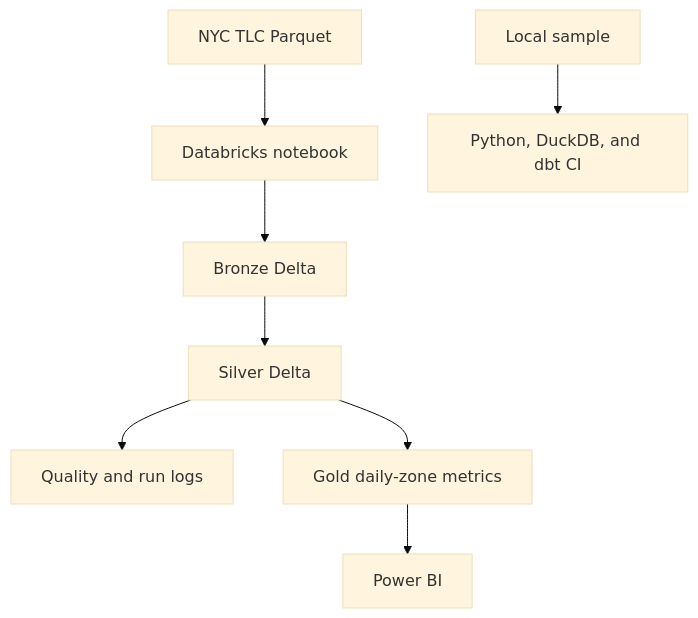
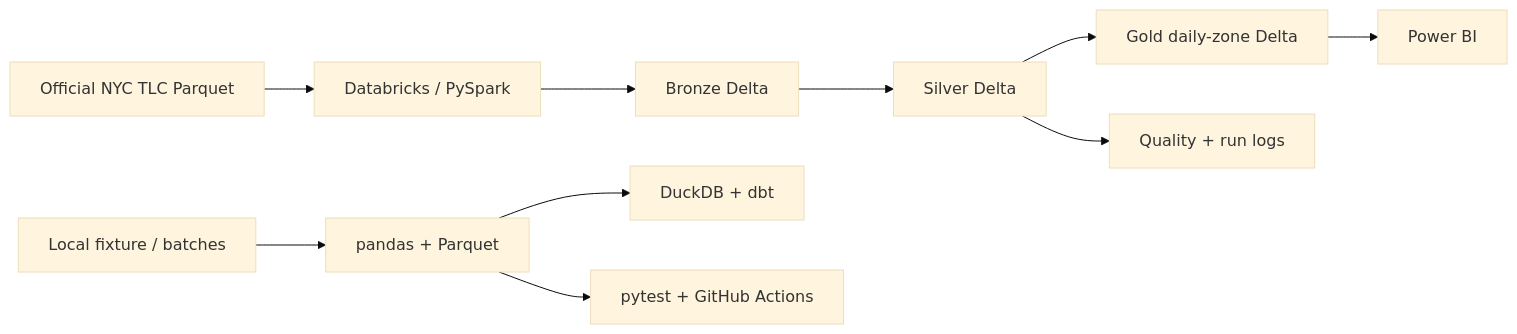
One commit to RishiRatnakarData/urban-mobility-analytics-engineering changed the diagram in README.md. Above: the diagram before and after it, drawn with Mermaid (base theme). The commit also changed other lines of this file and 9 other files, not shown here.

````diff
--- a/README.md
+++ b/README.md
@@ -32,10 +61,12 @@
 ```mermaid
-flowchart TD
-    A[NYC TLC Parquet] --> B[Databricks notebook]
+flowchart LR
+    A[Official NYC TLC Parquet] --> B[Databricks / PySpark]
     B --> C[Bronze Delta]
     C --> D[Silver Delta]
-    D --> E[Quality and run logs]
-    D --> F[Gold daily-zone metrics]
-    F --> G[Power BI]
-    H[Local sample] --> I[Python, DuckDB, and dbt CI]
+    D --> E[Gold daily-zone Delta]
+    E --> F[Power BI]
+    D --> G[Quality + run logs]
+    H[Local fixture / batches] --> I[pandas + Parquet]
+    I --> J[DuckDB + dbt]
+    I --> K[pytest + GitHub Actions]
 ```
````
